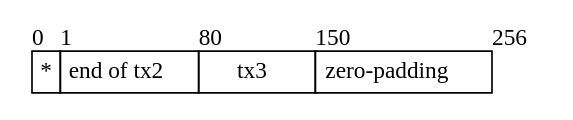
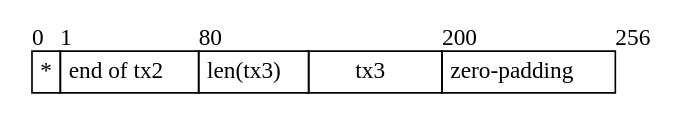
One commit to celestiaorg/celestia-specs changed the diagram in specs/figures/share.dot. Above: the diagram before and after it, drawn with Graphviz. The commit also changed 1 other file, not shown here.

Commit message:
Update share figure with lengths.

```diff
--- a/specs/figures/share.dot
+++ b/specs/figures/share.dot
@@ -1,21 +1,23 @@
 digraph G {
     node [shape = record, penwidth = 0];
 
     share [label=<
     <table border="0" cellborder="1" cellspacing="0">
         <tr>
             <td width="1" align="left" border="0" cellpadding="0">0</td>
             <td width="79" align="left" border="0" cellpadding="0">1</td>
-            <td width="70" align="left" border="0" cellpadding="0">80</td>
-            <td width="106" align="left" border="0" cellpadding="0">150</td>
+            <td width="40" align="left" border="0" cellpadding="0">80</td>
+            <td width="80" align="left" border="0" cellpadding="0"></td>
+            <td width="56" align="left" border="0" cellpadding="0">200</td>
             <td align="left" border="0" cellpadding="0">256</td>
         </tr>
         <tr>
             <td width="1" cellpadding="4">*</td>
             <td width="79" cellpadding="4">end of tx2</td>
-            <td width="70" cellpadding="4">tx3</td>
-            <td width="106" cellpadding="4">zero-padding</td>
+            <td width="40" cellpadding="4">len(tx3)</td>
+            <td width="80" cellpadding="4">tx3</td>
+            <td width="56" cellpadding="4">zero-padding</td>
         </tr>
     </table>
     >];
 }
```
